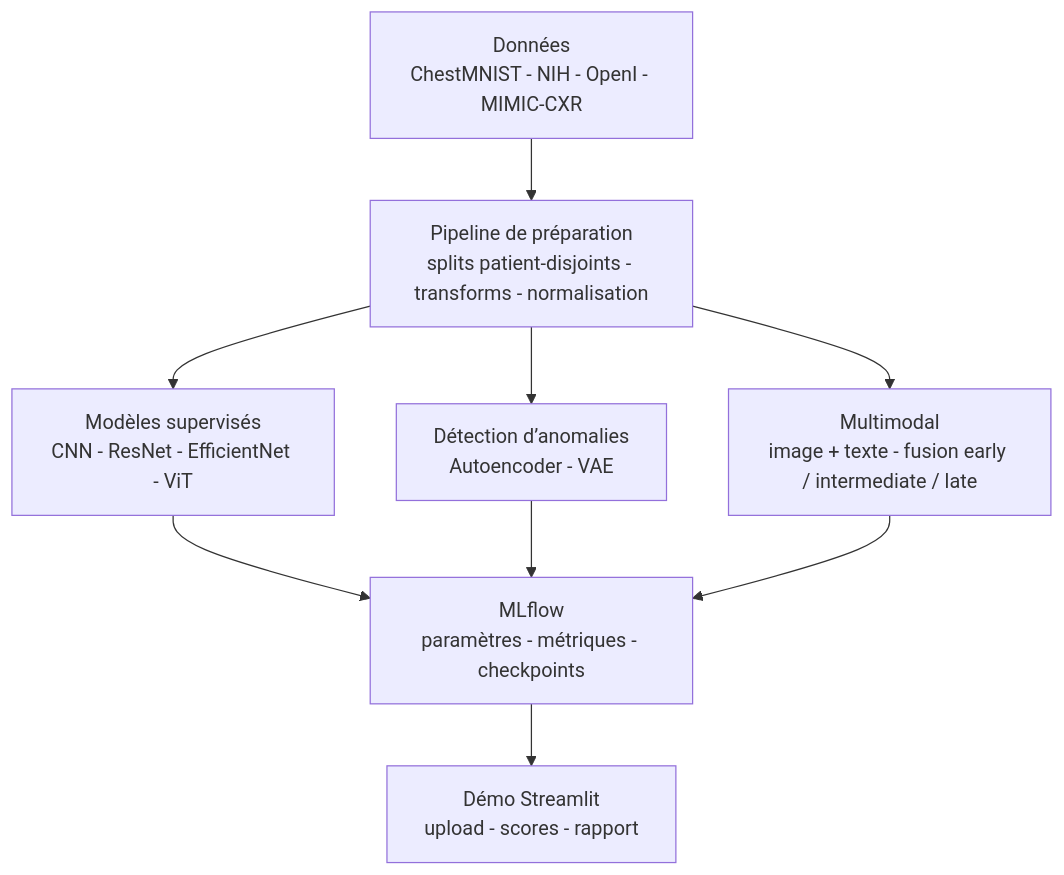
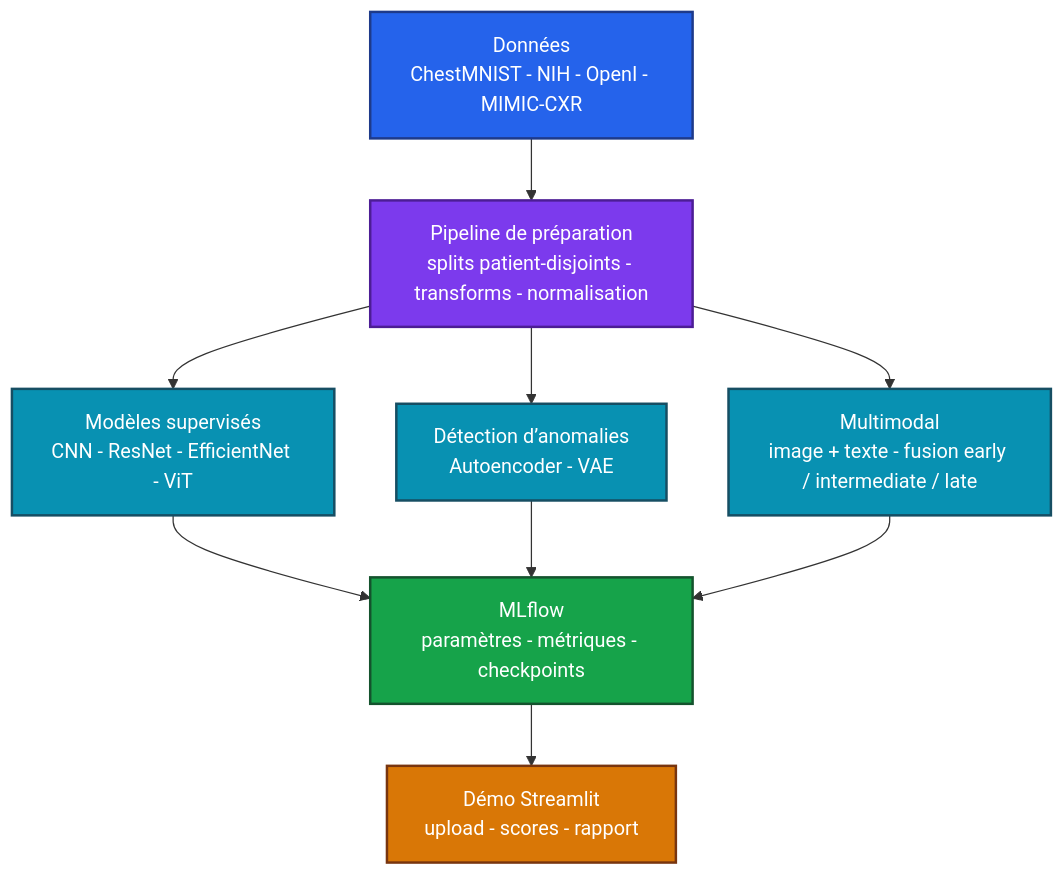
The diagram in README.md (Adam-Blf/chest-xray-triage-system), drawn with Mermaid before and after one commit.

Commit message:
docs: add colors to mermaid diagrams (#4)
Each node gets a palette class (by subgraph or by flow depth), subgraphs are tinted, non-flowchart diagrams use a colored base theme. Validated by rendering every diagram before and after.

````diff
--- a/README.md
+++ b/README.md
@@ -17,14 +17,25 @@
 ```mermaid
 flowchart TB
     D["Données<br/>ChestMNIST - NIH - OpenI - MIMIC-CXR"]
     P["Pipeline de préparation<br/>splits patient-disjoints - transforms - normalisation"]
     S["Modèles supervisés<br/>CNN - ResNet - EfficientNet - ViT"]
     A["Détection d’anomalies<br/>Autoencoder - VAE"]
     M["Multimodal<br/>image + texte - fusion early / intermediate / late"]
     T["MLflow<br/>paramètres - métriques - checkpoints"]
     U["Démo Streamlit<br/>upload - scores - rapport"]
 
     D --> P --> S --> T --> U
     P --> A --> T
     P --> M --> T
+
+    classDef c0 fill:#2563eb,stroke:#1e3a8a,stroke-width:2px,color:#ffffff
+    classDef c1 fill:#7c3aed,stroke:#4c1d95,stroke-width:2px,color:#ffffff
+    classDef c2 fill:#0891b2,stroke:#164e63,stroke-width:2px,color:#ffffff
+    classDef c3 fill:#16a34a,stroke:#14532d,stroke-width:2px,color:#ffffff
+    classDef c4 fill:#d97706,stroke:#78350f,stroke-width:2px,color:#ffffff
+    class D c0
+    class P c1
+    class S,A,M c2
+    class T c3
+    class U c4
 ```
````
